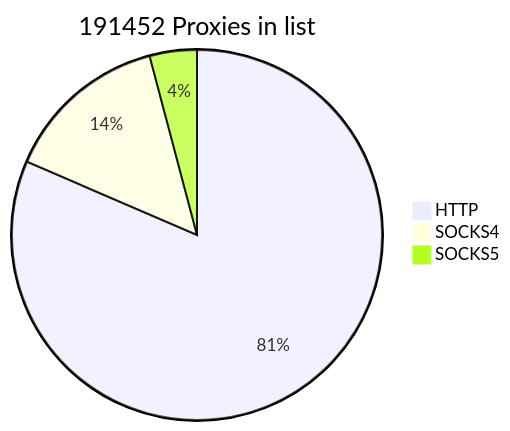
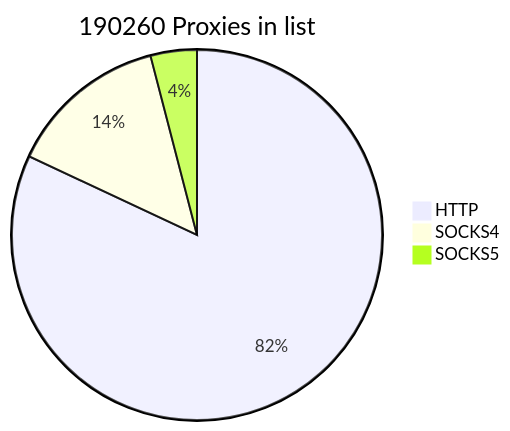
One commit to cutipu/proxylist changed the first of 2 diagrams in README.md. Above: the diagram before and after it, drawn with Mermaid. The commit also changed other lines of this file, not shown here.

````diff
--- a/README.md
+++ b/README.md
@@ -2,7 +2,7 @@
 ```mermaid
-pie title 191452 Proxies in list
-    "HTTP" : 155991
-    "SOCKS4" : 27574
-    "SOCKS5" : 7887
+pie title 190260 Proxies in list
+    "HTTP" : 155968
+    "SOCKS4" : 26606
+    "SOCKS5" : 7686
             
 ```
````
